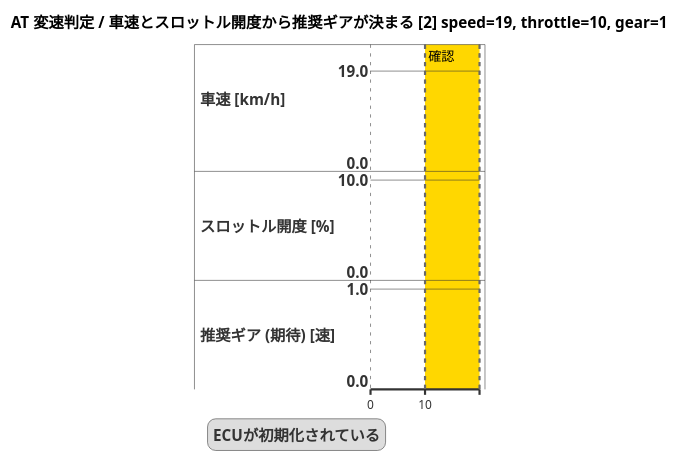
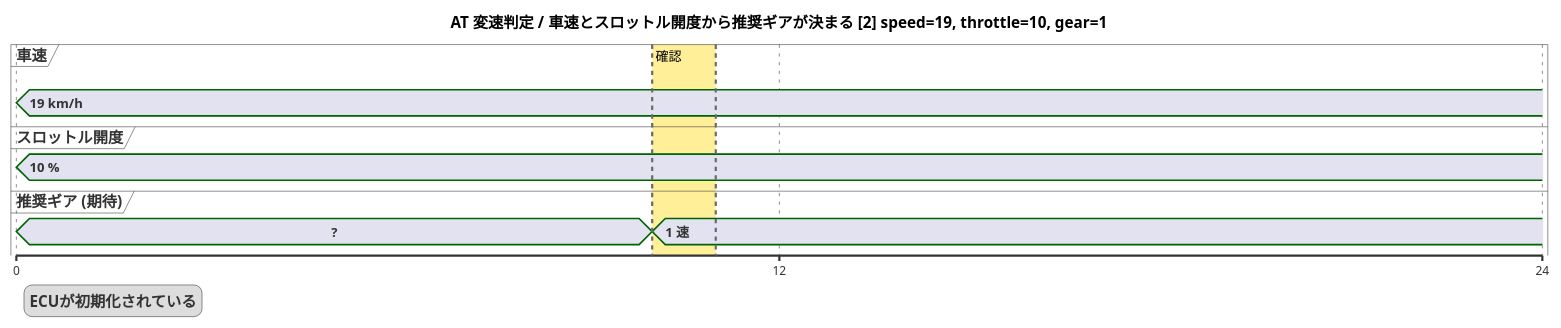
The diagram in charts/at_shift/車速とスロットル開度から推奨ギアが決まる_02.puml (YitKubo/poc_bdd), drawn with PlantUML before and after one commit. The commit also changed 89 other files, not shown here.

```diff
--- a/charts/at_shift/車速とスロットル開度から推奨ギアが決まる_02.puml
+++ b/charts/at_shift/車速とスロットル開度から推奨ギアが決まる_02.puml
@@ -1,19 +1,20 @@
 @startuml
 skinparam defaultFontName IPAGothic
 title AT 変速判定 / 車速とスロットル開度から推奨ギアが決まる [2] speed=19, throttle=10, gear=1
+scale 12 as 700 pixels
 legend left
   ECUが初期化されている
 endlegend
-analog "車速 [km/h]" between 0 and 19 as s0
-analog "スロットル開度 [%]" between 0 and 10 as s1
-analog "推奨ギア (期待) [速]" between 0 and 1 as s2
+concise "車速" as s0
+concise "スロットル開度" as s1
+concise "推奨ギア (期待)" as s2
 
 @0
-s0 is 19
-s1 is 10
+s0 is "19 km/h"
+s1 is "10 %"
+s2 is "?"
 @10
-s0 is 19
-s1 is 10
-s2 is 1
-highlight 10 to 20 #Gold;line:DimGrey : 確認
+s2 is "1 速"
+@12
+highlight 10 to 11 #FFD70066;line:DimGrey : 確認
 @enduml
```
